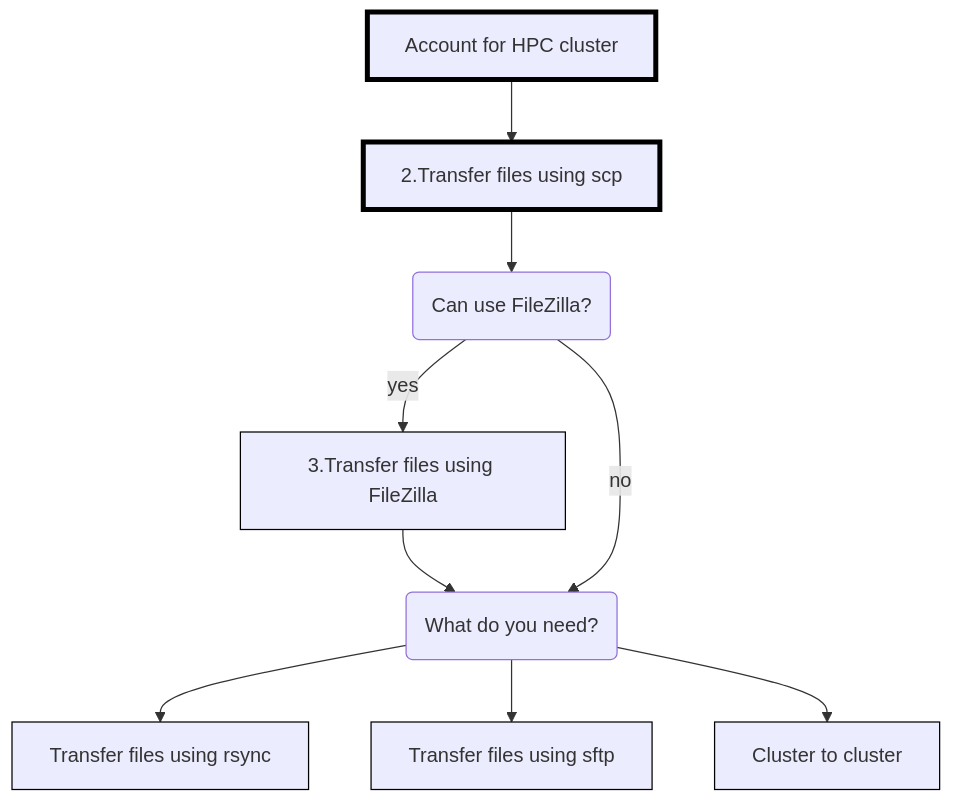
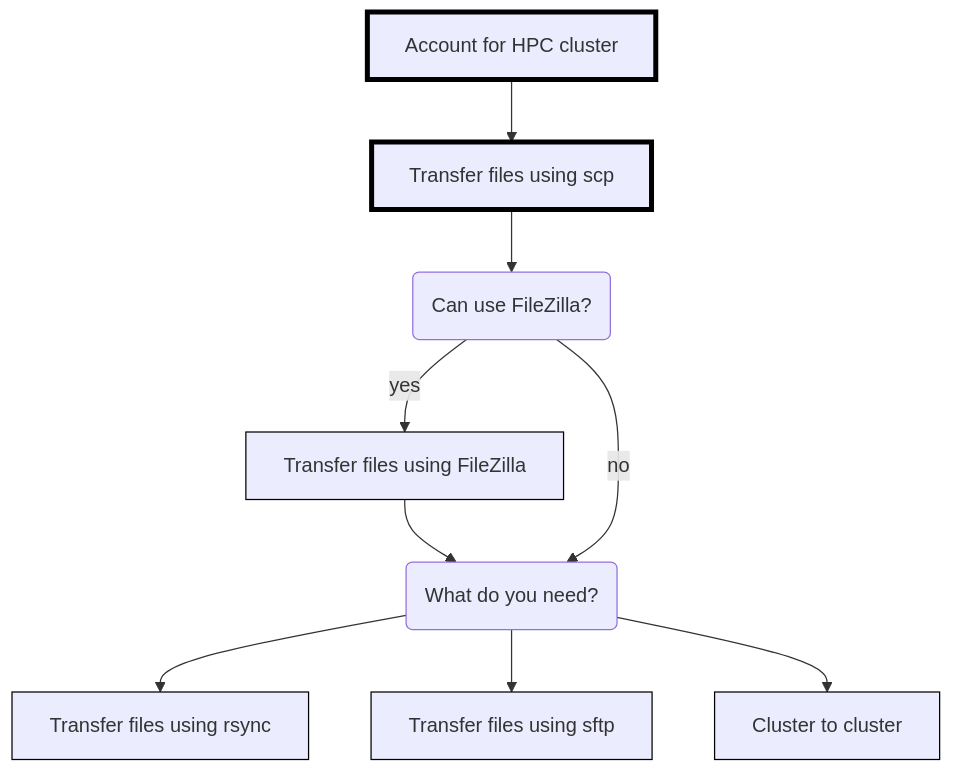
Before and after one commit to UPPMAX/naiss_file_transfer_course: the diagram in docs/sessions/intro_file_transfer.md, drawn with Mermaid.

Commit message:
Remove uselss numbering

````diff
--- a/docs/sessions/intro_file_transfer.md
+++ b/docs/sessions/intro_file_transfer.md
@@ -48,26 +48,26 @@
 ```mermaid
 flowchart TD
 
   classDef always stroke:#000,stroke-width:4px;
   classDef optional stroke:#000,stroke-width:1px;
 
   account[Account for HPC cluster]:::always
   can_use_filezilla(Can use FileZilla?)
   what_do_you_need(What do you need?)
-  filezilla[3.Transfer files using FileZilla]:::optional
-  scp[2.Transfer files using scp]:::always
+  filezilla[Transfer files using FileZilla]:::optional
+  scp[Transfer files using scp]:::always
   rsync[Transfer files using rsync]:::optional
   sftp[Transfer files using sftp]:::optional
   cluster_to_cluster[Cluster to cluster]:::optional
 
 
   account --> scp
   scp --> can_use_filezilla
   can_use_filezilla --> |yes| filezilla
   filezilla  --> what_do_you_need
   can_use_filezilla --> |no| what_do_you_need
   what_do_you_need --> rsync
   what_do_you_need --> sftp
   what_do_you_need --> cluster_to_cluster
 
 ```
````
